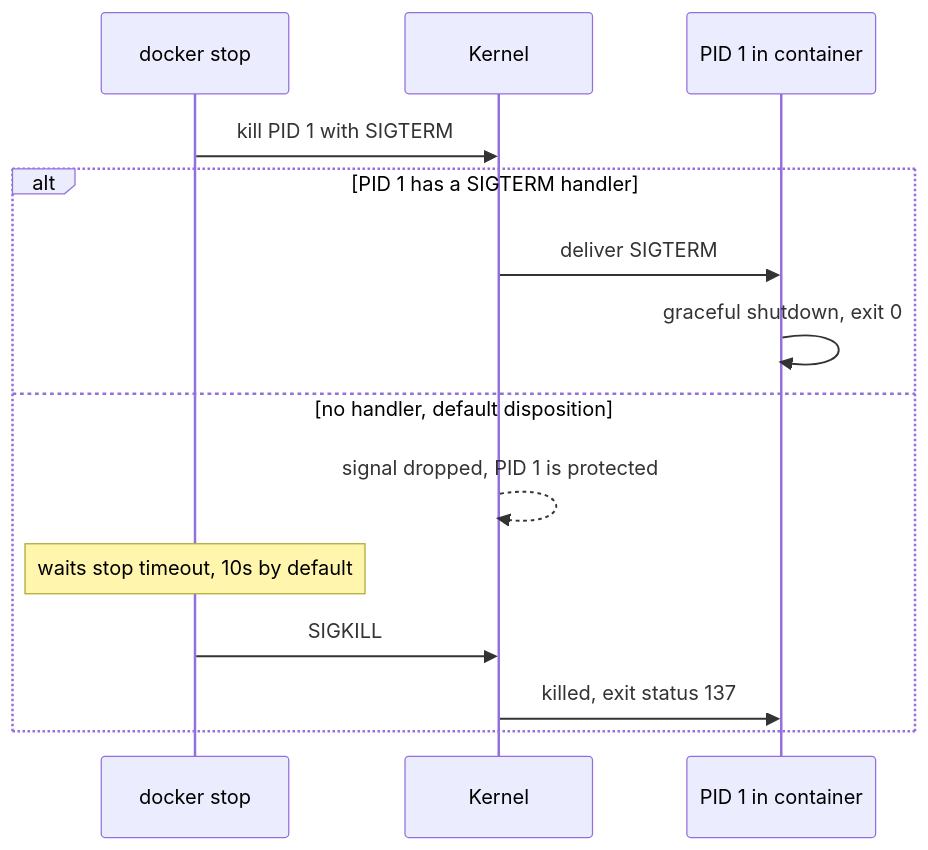
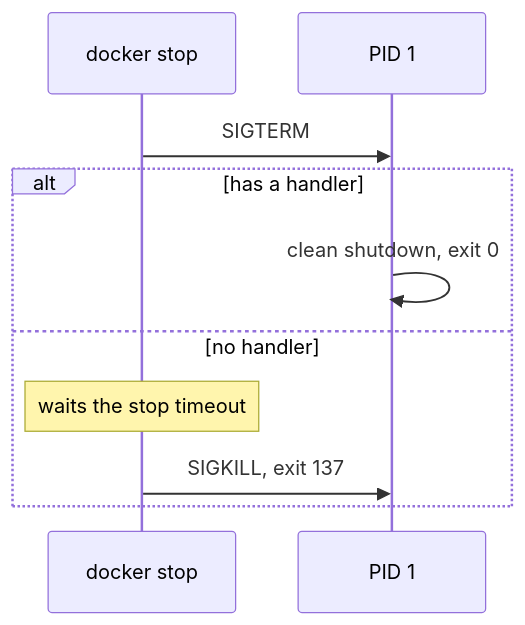
Before and after one commit to Aditya-Jyoti/swarm-communication: the diagram in docs/concepts/container-images-and-pid-1.md, drawn with Mermaid. The commit also changed other lines of this file and 3 other files, not shown here.

````diff
--- a/docs/concepts/container-images-and-pid-1.md
+++ b/docs/concepts/container-images-and-pid-1.md
@@ -39,16 +25,12 @@
 ```mermaid
 sequenceDiagram
     participant D as docker stop
-    participant K as Kernel
-    participant P as PID 1 in container
-    D->>K: kill PID 1 with SIGTERM
-    alt PID 1 has a SIGTERM handler
-        K->>P: deliver SIGTERM
-        P->>P: graceful shutdown, exit 0
-    else no handler, default disposition
-        K-->>K: signal dropped, PID 1 is protected
-        Note over D: waits stop timeout, 10s by default
-        D->>K: SIGKILL
-        K->>P: killed, exit status 137
+    participant P as PID 1
+    D->>P: SIGTERM
+    alt has a handler
+        P->>P: clean shutdown, exit 0
+    else no handler
+        Note over D: waits the stop timeout
+        D->>P: SIGKILL, exit 137
     end
 ```
````
